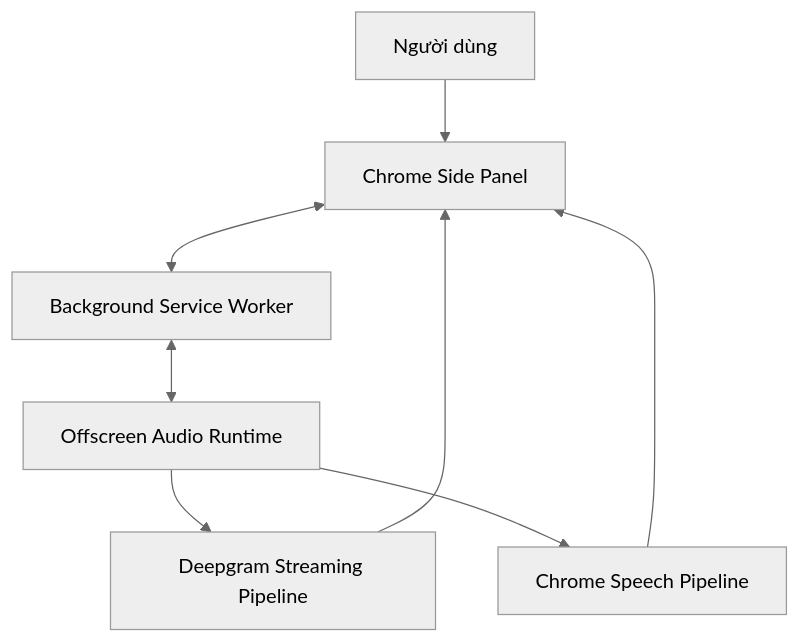
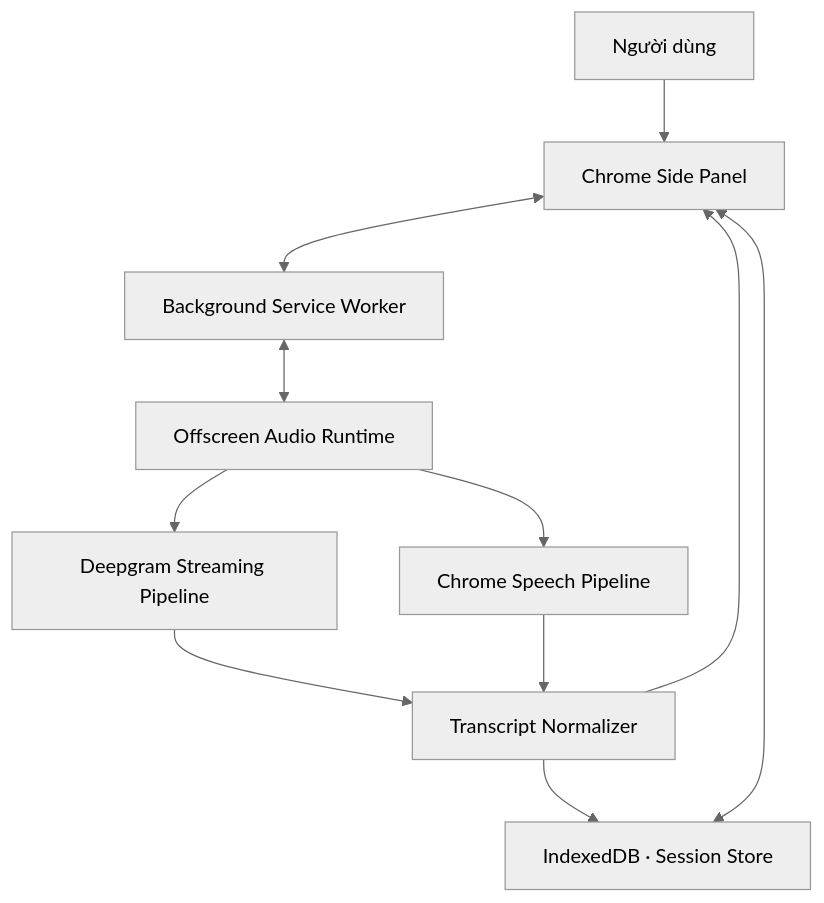
Before and after one commit to Base27-CVNSS/saymee: the first of 4 diagrams in README.md, drawn with Mermaid (neutral theme). The commit also changed other lines of this file and 2 other files, not shown here.

````diff
--- a/README.md
+++ b/README.md
@@ -100,10 +101,13 @@
 ```mermaid
 flowchart TB
     USER["Người dùng"] --> UI["Chrome Side Panel"]
     UI <--> BG["Background Service Worker"]
     BG <--> OFF["Offscreen Audio Runtime"]
     OFF --> DG["Deepgram Streaming Pipeline"]
     OFF --> CS["Chrome Speech Pipeline"]
-    DG --> UI
-    CS --> UI
+    DG --> NORMAL["Transcript Normalizer"]
+    CS --> NORMAL
+    NORMAL --> STORE["IndexedDB · Session Store"]
+    NORMAL --> UI
+    STORE <--> UI
 ```
````
